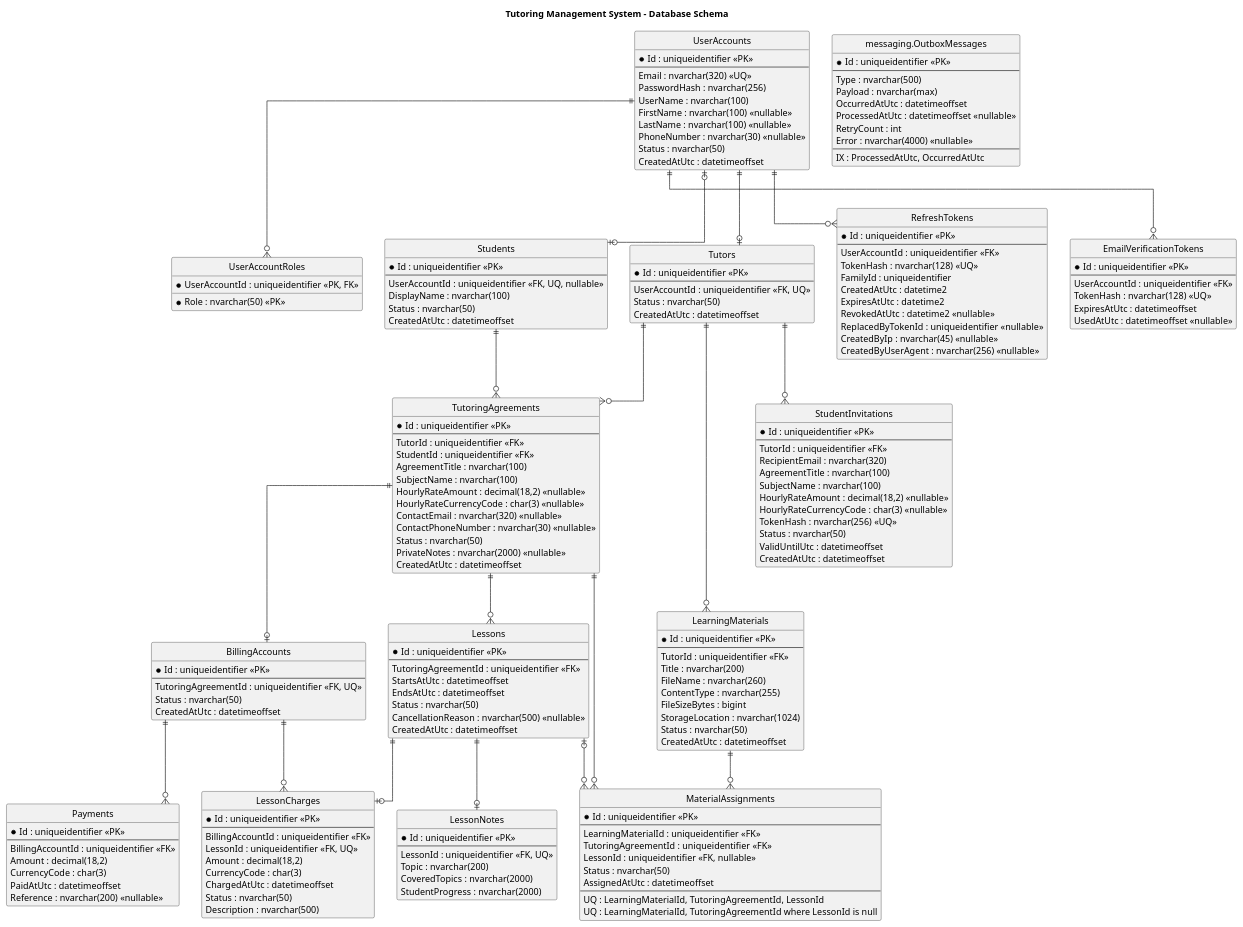
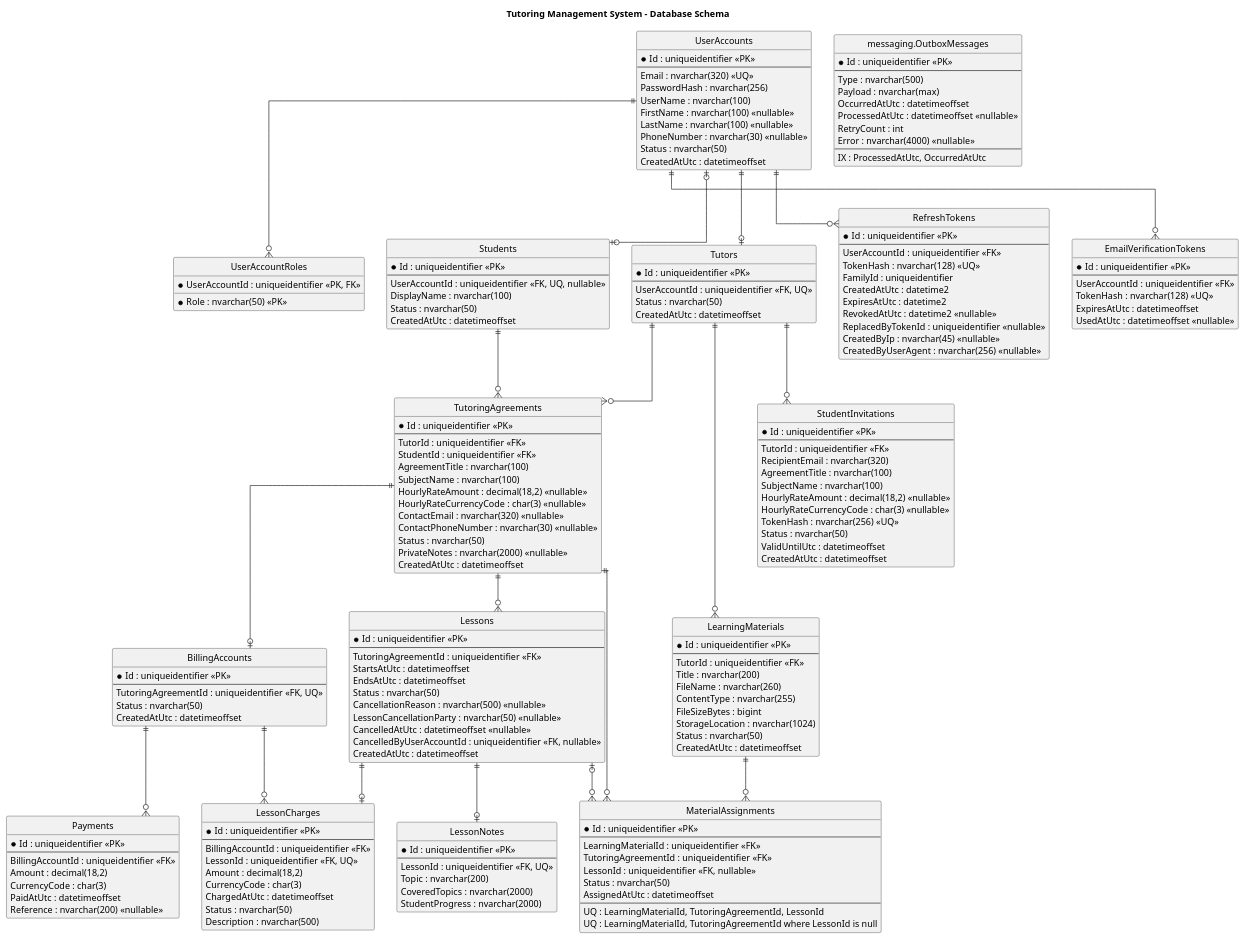
The diagram in docs/technical_docs/database_docs/database_schema.puml (JStec0312/Tutoring-CRM-System), drawn with PlantUML before and after one commit. The commit also changed 8 other files, not shown here.

Commit message:
RE #65 67 Tested + implemented + doccumented lesson cancellation

```diff
--- a/docs/technical_docs/database_docs/database_schema.puml
+++ b/docs/technical_docs/database_docs/database_schema.puml
@@ -80,6 +80,9 @@
     EndsAtUtc : datetimeoffset
     Status : nvarchar(50)
     CancellationReason : nvarchar(500) <<nullable>>
+    LessonCancellationParty : nvarchar(50) <<nullable>> 
+    CancelledAtUtc : datetimeoffset <<nullable>>
+    CancelledByUserAccountId : uniqueidentifier <<FK, nullable>>
     CreatedAtUtc : datetimeoffset
 }
 
```
